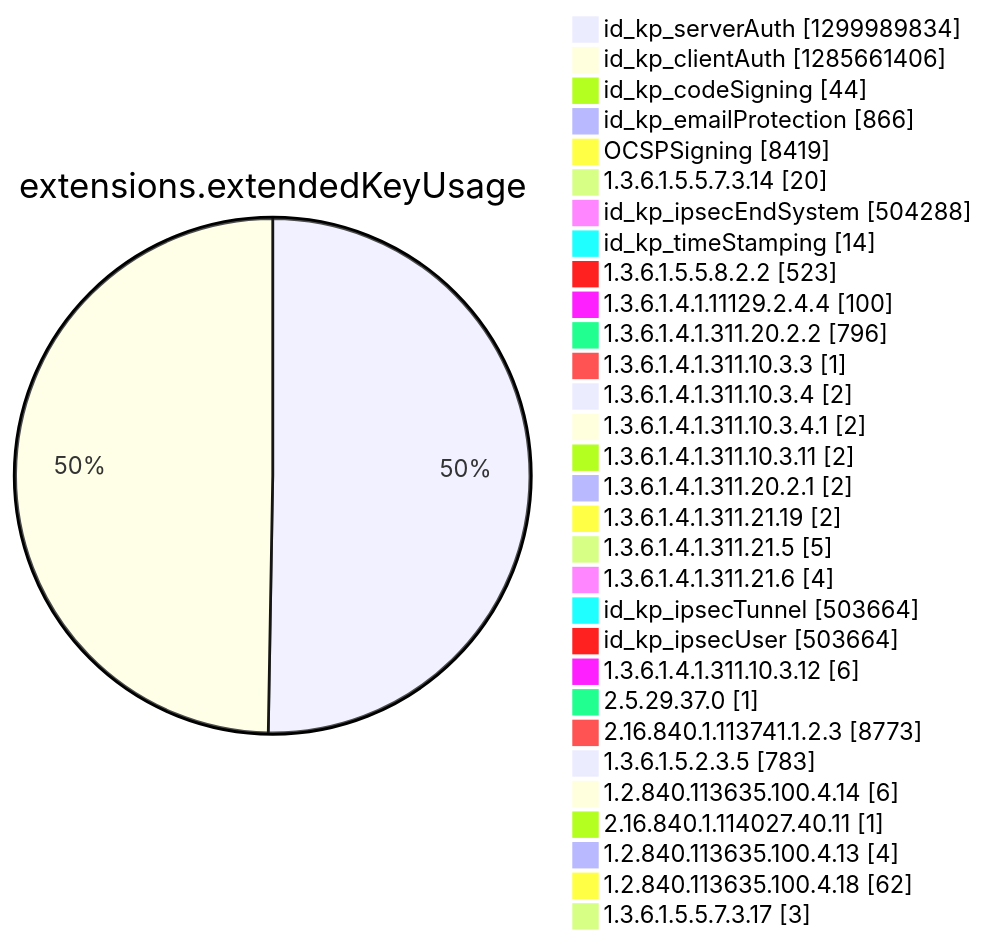
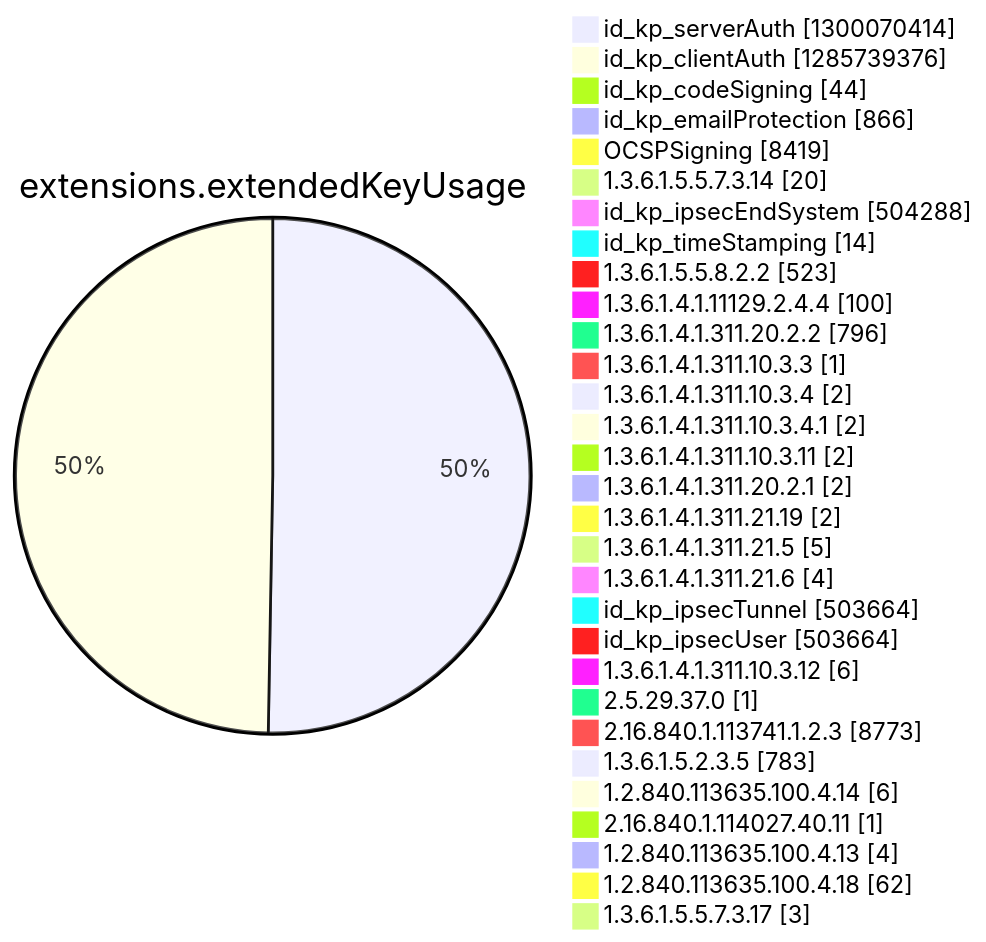
Before and after one commit to christiankrug/ctmonitor_visualization: diagram 12 of 15 in argon2022/README.md, drawn with Mermaid. The commit also changed other lines of this file, not shown here.

````diff
--- a/argon2022/README.md
+++ b/argon2022/README.md
@@ -3550,34 +3551,34 @@
 ```mermaid
 pie showData
 title extensions.extendedKeyUsage
-"id_kp_serverAuth" :1299989834
-"id_kp_clientAuth" :1285661406
+"id_kp_serverAuth" :1300070414
+"id_kp_clientAuth" :1285739376
 "id_kp_codeSigning" :44
 "id_kp_emailProtection" :866
 "OCSPSigning" :8419
 "1.3.6.1.5.5.7.3.14" :20
 "id_kp_ipsecEndSystem" :504288
 "id_kp_timeStamping" :14
 "1.3.6.1.5.5.8.2.2" :523
 "1.3.6.1.4.1.11129.2.4.4" :100
 "1.3.6.1.4.1.311.20.2.2" :796
 "1.3.6.1.4.1.311.10.3.3" :1
 "1.3.6.1.4.1.311.10.3.4" :2
 "1.3.6.1.4.1.311.10.3.4.1" :2
 "1.3.6.1.4.1.311.10.3.11" :2
 "1.3.6.1.4.1.311.20.2.1" :2
 "1.3.6.1.4.1.311.21.19" :2
 "1.3.6.1.4.1.311.21.5" :5
 "1.3.6.1.4.1.311.21.6" :4
 "id_kp_ipsecTunnel" :503664
 "id_kp_ipsecUser" :503664
 "1.3.6.1.4.1.311.10.3.12" :6
 "2.5.29.37.0" :1
 "2.16.840.1.113741.1.2.3" :8773
 "1.3.6.1.5.2.3.5" :783
 "1.2.840.113635.100.4.14" :6
 "2.16.840.1.114027.40.11" :1
 "1.2.840.113635.100.4.13" :4
 "1.2.840.113635.100.4.18" :62
 "1.3.6.1.5.5.7.3.17" :3
 ```
````
